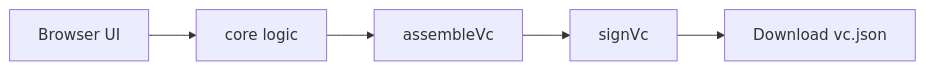
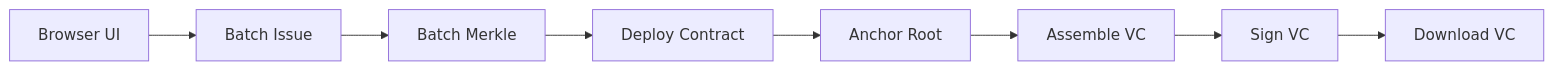
Before and after one commit to huypengin/IU-VC-Cert-University: the second of 4 diagrams in docs/issuer-architecture.md, drawn with Mermaid. The commit also changed other lines of this file and 18 other files, not shown here.

````diff
--- a/docs/issuer-architecture.md
+++ b/docs/issuer-architecture.md
@@ -232,13 +239,19 @@
 ```mermaid
 flowchart LR
-    Browser[Browser UI]
-    Core[core logic]
-    Assemble[assembleVc]
-    Sign[signVc]
-    File[Download vc.json]
+    Browser["Browser UI"]
+    Batch["Batch Issue"]
+    Merkle["Batch Merkle"]
+    Deploy["Deploy Contract"]
+    Anchor["Anchor Root"]
+    Assemble["Assemble VC"]
+    Sign["Sign VC"]
+    File["Download VC"]
 
-    Browser --> Core
-    Core --> Assemble
+    Browser --> Batch
+    Batch --> Merkle
+    Merkle --> Deploy
+    Deploy --> Anchor
+    Anchor --> Assemble
     Assemble --> Sign
     Sign --> File
 ```
````
